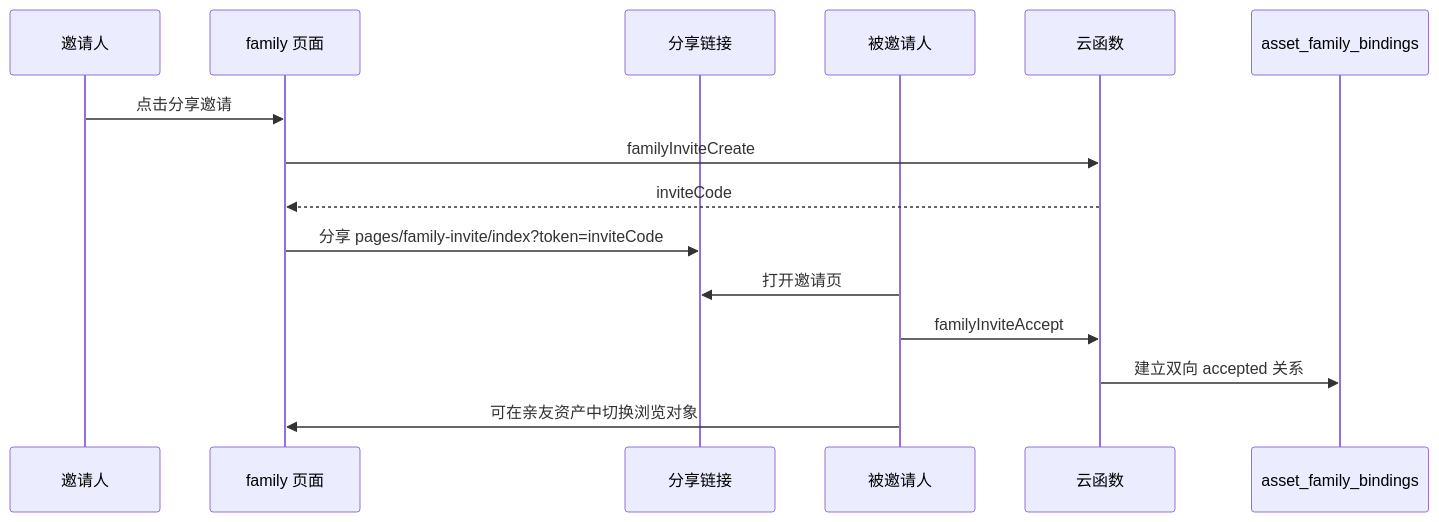
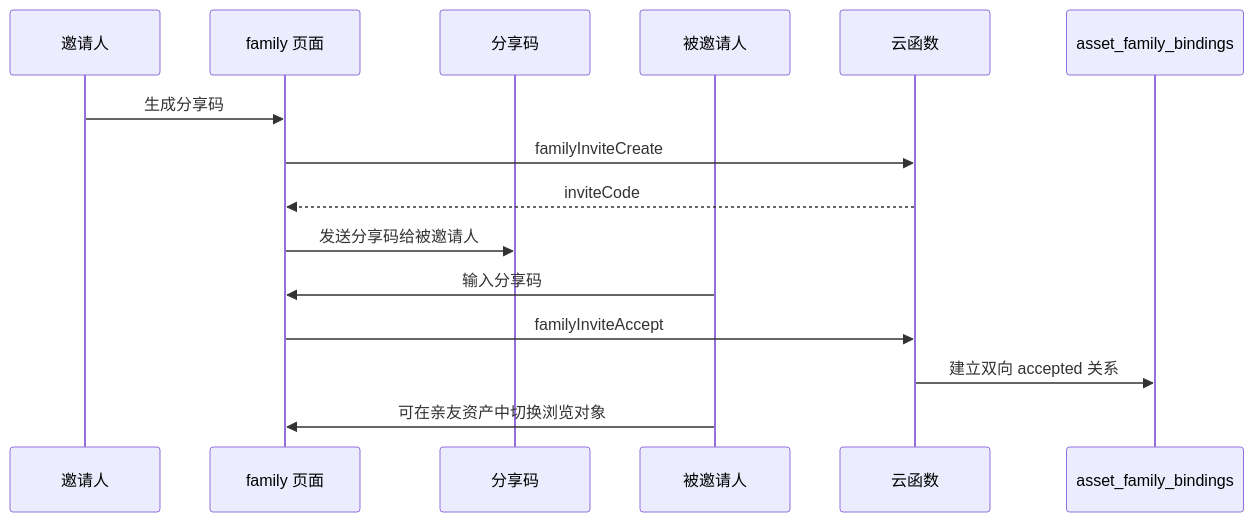
Before and after one commit to Sillywa/money: the seventh of 9 diagrams in doc.md, drawn with Mermaid. The commit also changed other lines of this file and 5 other files, not shown here.

````diff
--- a/doc.md
+++ b/doc.md
@@ -261,18 +261,18 @@
 ```mermaid
 sequenceDiagram
   participant A as 邀请人
   participant F as family 页面
-  participant S as 分享链接
+  participant S as 分享码
   participant B as 被邀请人
   participant C as 云函数
   participant DB as asset_family_bindings
 
-  A->>F: 点击分享邀请
+  A->>F: 生成分享码
   F->>C: familyInviteCreate
   C-->>F: inviteCode
-  F->>S: 分享 pages/family-invite/index?token=inviteCode
-  B->>S: 打开邀请页
-  B->>C: familyInviteAccept
+  F->>S: 发送分享码给被邀请人
+  B->>F: 输入分享码
+  F->>C: familyInviteAccept
   C->>DB: 建立双向 accepted 关系
   B->>F: 可在亲友资产中切换浏览对象
 ```
````
